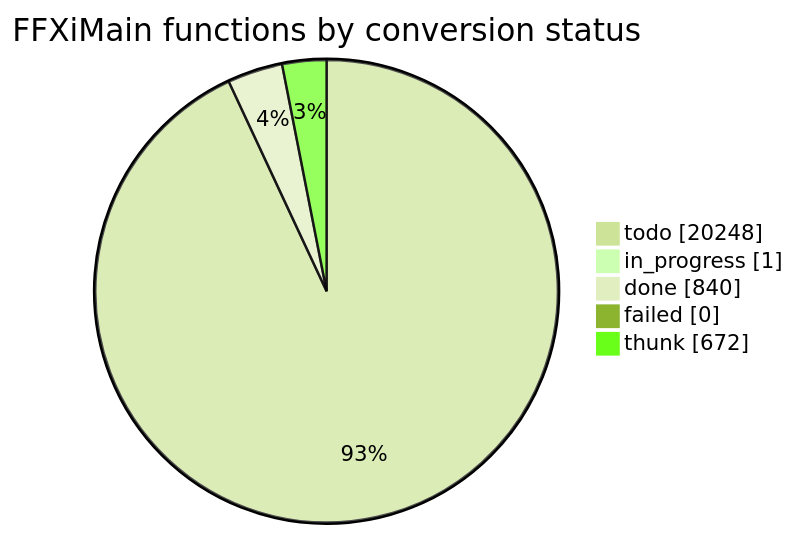
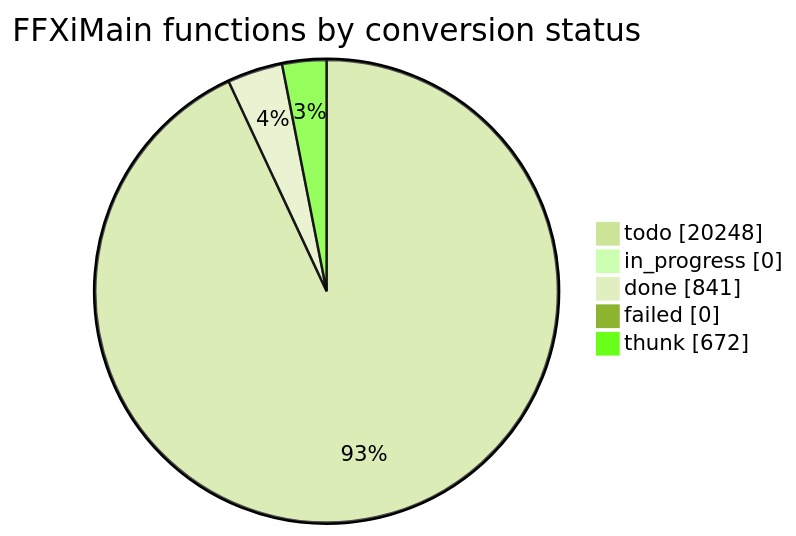
The diagram in docs/cow/STATUS.md (cowrevenge/cow_kuluu_xi_anything), drawn with Mermaid (forest theme) before and after one commit. The commit also changed other lines of this file and 9 other files, not shown here.

````diff
--- a/docs/cow/STATUS.md
+++ b/docs/cow/STATUS.md
@@ -18,9 +18,9 @@
 ```mermaid
 pie showData
     title FFXiMain functions by conversion status
     "todo" : 20248
-    "in_progress" : 1
-    "done" : 840
+    "in_progress" : 0
+    "done" : 841
     "failed" : 0
     "thunk" : 672
 ```
````
